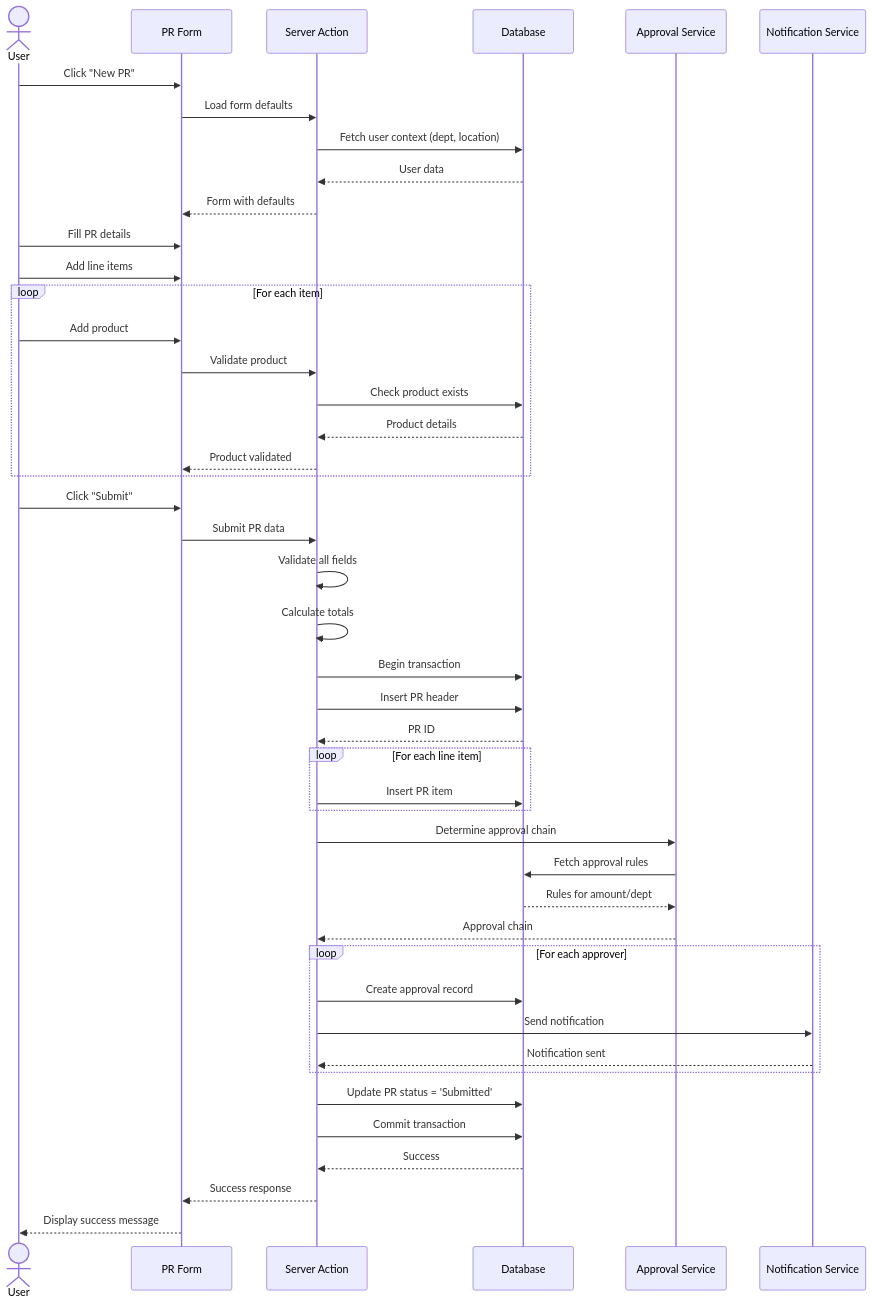
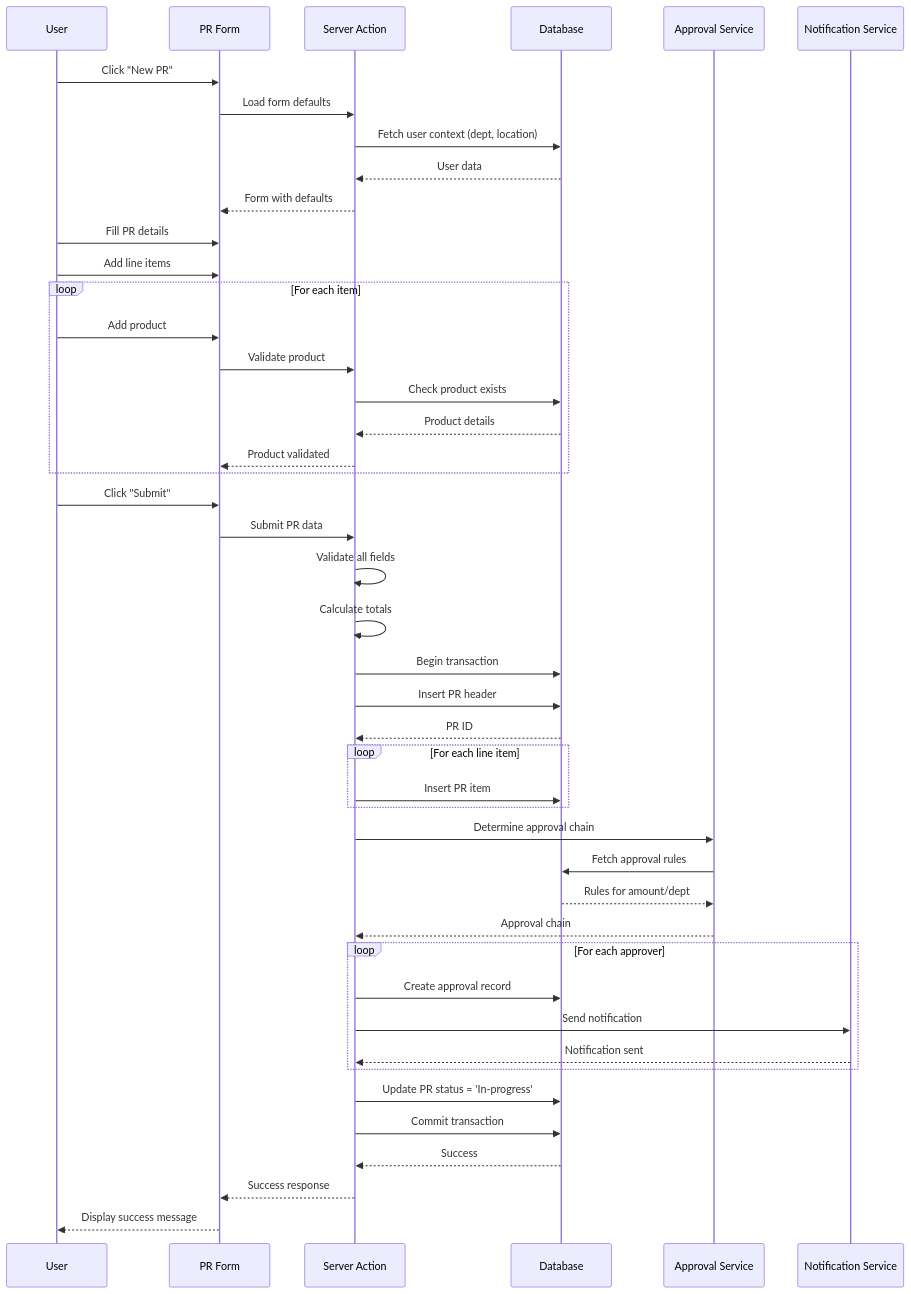
One commit to CarmenSoftware-organization/carmen changed the tenth of 30 diagrams in docs/app/procurement/purchase-requests/FD-purchase-requests.md. Above: the diagram before and after it, drawn with Mermaid. The commit also changed other lines of this file and 1788 other files, not shown here.

````diff
--- a/docs/app/procurement/purchase-requests/FD-purchase-requests.md
+++ b/docs/app/procurement/purchase-requests/FD-purchase-requests.md
@@ -381,58 +416,58 @@
 ```mermaid
 sequenceDiagram
-    actor User
+    participant User
     participant UI as PR Form
     participant API as Server Action
     participant DB as Database
     participant Approval as Approval Service
     participant Notify as Notification Service
 
     User->>UI: Click "New PR"
     UI->>API: Load form defaults
     API->>DB: Fetch user context (dept, location)
     DB-->>API: User data
     API-->>UI: Form with defaults
 
     User->>UI: Fill PR details
     User->>UI: Add line items
 
     loop For each item
         User->>UI: Add product
         UI->>API: Validate product
         API->>DB: Check product exists
         DB-->>API: Product details
         API-->>UI: Product validated
     end
 
     User->>UI: Click "Submit"
     UI->>API: Submit PR data
 
     API->>API: Validate all fields
     API->>API: Calculate totals
 
     API->>DB: Begin transaction
     API->>DB: Insert PR header
     DB-->>API: PR ID
 
     loop For each line item
         API->>DB: Insert PR item
     end
 
     API->>Approval: Determine approval chain
     Approval->>DB: Fetch approval rules
     DB-->>Approval: Rules for amount/dept
     Approval-->>API: Approval chain
 
     loop For each approver
         API->>DB: Create approval record
         API->>Notify: Send notification
         Notify-->>API: Notification sent
     end
 
-    API->>DB: Update PR status = 'Submitted'
+    API->>DB: Update PR status = 'In-progress'
     API->>DB: Commit transaction
     DB-->>API: Success
 
     API-->>UI: Success response
     UI-->>User: Display success message
 ```
````
